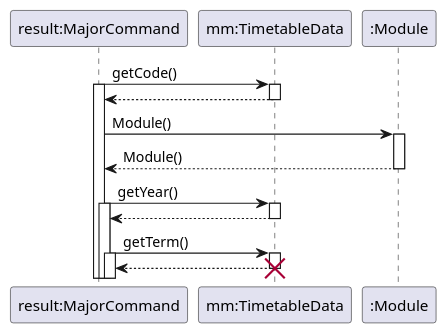
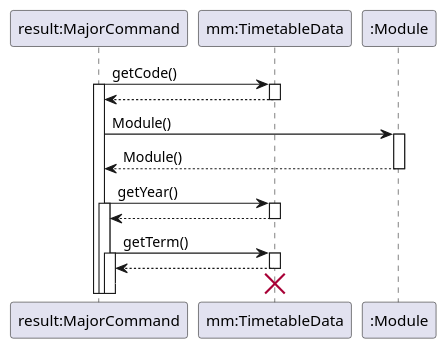
One commit to mendax1234/tp changed the diagram in docs/diagrams/majorCommand-GetModuleFromMajorObject.puml. Above: the diagram before and after it, drawn with PlantUML. The commit also changed 3 other files, not shown here.

Commit message:
Fix MajorCommand sequence diagram

```diff
--- a/docs/diagrams/majorCommand-GetModuleFromMajorObject.puml
+++ b/docs/diagrams/majorCommand-GetModuleFromMajorObject.puml
@@ -1,30 +1,32 @@
 @startuml
 'https://plantuml.com/sequence-diagram
 
 participant "result:MajorCommand"
 participant "mm:TimetableData"
 participant ":Module"
 
 "result:MajorCommand" -> "mm:TimetableData": getCode()
 activate "result:MajorCommand"
 activate "mm:TimetableData"
 "result:MajorCommand" <-- "mm:TimetableData"
 deactivate "mm:TimetableData"
 "result:MajorCommand" -> ":Module": Module()
 activate ":Module"
 "result:MajorCommand" <-- ":Module": Module()
 deactivate ":Module"
 "result:MajorCommand" -> "mm:TimetableData": getYear()
 activate "result:MajorCommand"
 activate "mm:TimetableData"
 "result:MajorCommand" <-- "mm:TimetableData"
 deactivate "mm:TimetableData"
 "result:MajorCommand" -> "mm:TimetableData": getTerm()
 activate "result:MajorCommand"
 activate "mm:TimetableData"
 "result:MajorCommand" <-- "mm:TimetableData"
+deactivate "mm:TimetableData"
+"result:MajorCommand" <-[#white]- "mm:TimetableData"
 destroy "mm:TimetableData"
 
 
 
 @enduml
```
